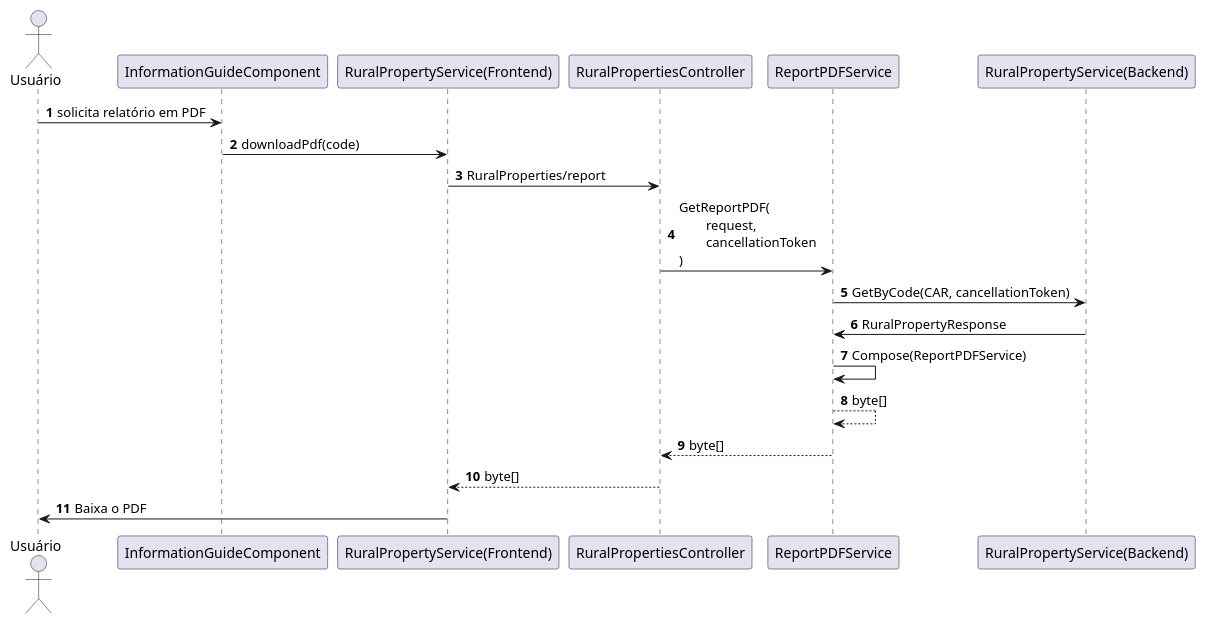
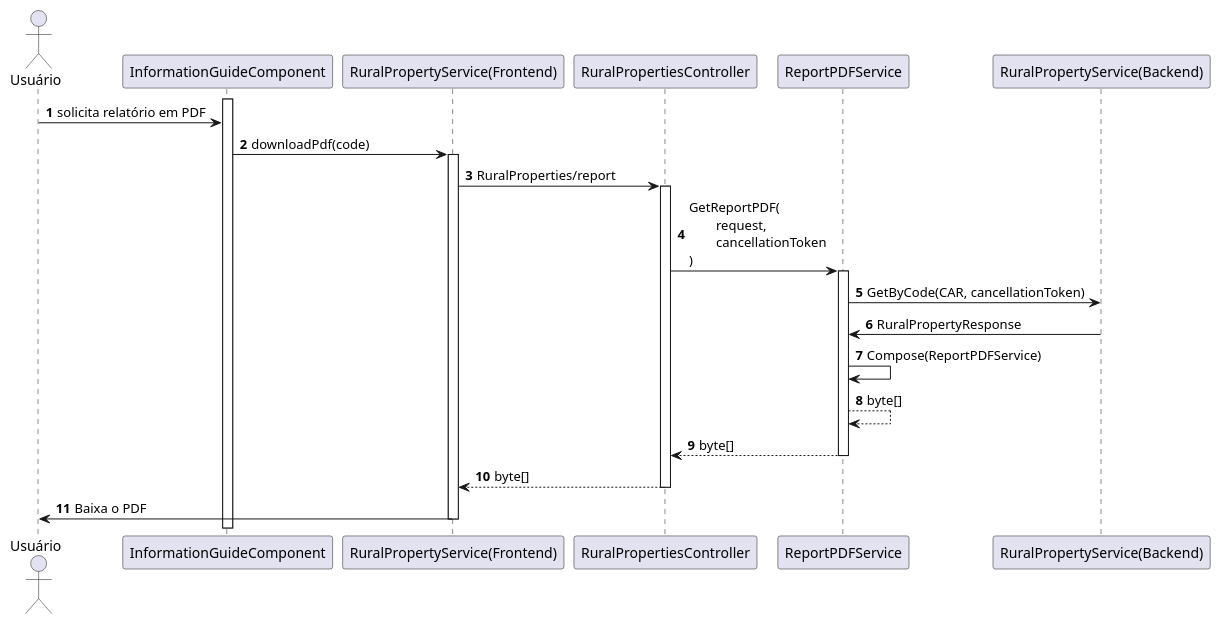
One commit to ruralgises/documentation changed the diagram in sequence-diagram/request-pdf.plantuml. Above: the diagram before and after it, drawn with PlantUML.

```diff
--- a/sequence-diagram/request-pdf.plantuml
+++ b/sequence-diagram/request-pdf.plantuml
@@ -1,22 +1,24 @@
 @startuml
 autonumber
 actor Usuário as Actor
 
+Activate "InformationGuideComponent"
+
 Actor -> "InformationGuideComponent": solicita relatório em PDF
 participant "RuralPropertyService(Frontend)" as r1
-"InformationGuideComponent" -> r1 : downloadPdf(code)
-r1 -> "RuralPropertiesController" : RuralProperties/report
+"InformationGuideComponent" -> r1 ++: downloadPdf(code)
+r1 -> "RuralPropertiesController" ++: RuralProperties/report
 
-"RuralPropertiesController" -> "ReportPDFService" : GetReportPDF(\n\trequest, \n\tcancellationToken\n)
+"RuralPropertiesController" -> "ReportPDFService" ++: GetReportPDF(\n\trequest, \n\tcancellationToken\n)
 participant "RuralPropertyService(Backend)" as r2
 "ReportPDFService" -> r2: GetByCode(CAR, cancellationToken)
 
 r2 -> "ReportPDFService" : RuralPropertyResponse
 "ReportPDFService" -> "ReportPDFService" : Compose(ReportPDFService)
 
 "ReportPDFService" --> "ReportPDFService": byte[]
-"ReportPDFService" --> "RuralPropertiesController": byte[]
-"RuralPropertiesController" --> r1 : byte[]
-r1 -> Actor : Baixa o PDF
+"ReportPDFService" --> "RuralPropertiesController" --: byte[]
+"RuralPropertiesController" --> r1 --: byte[]
+r1 -> Actor --: Baixa o PDF
 
 @enduml
```
